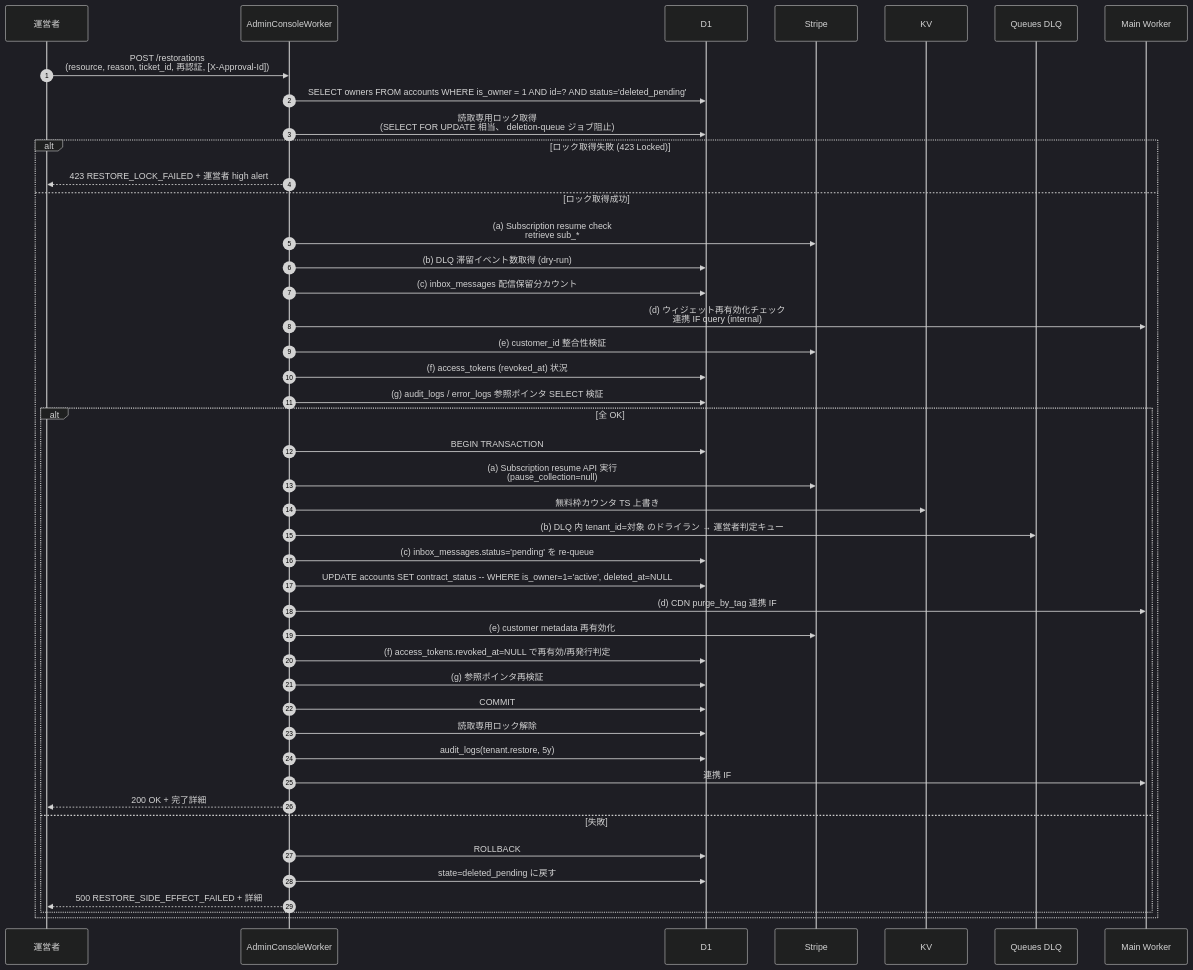
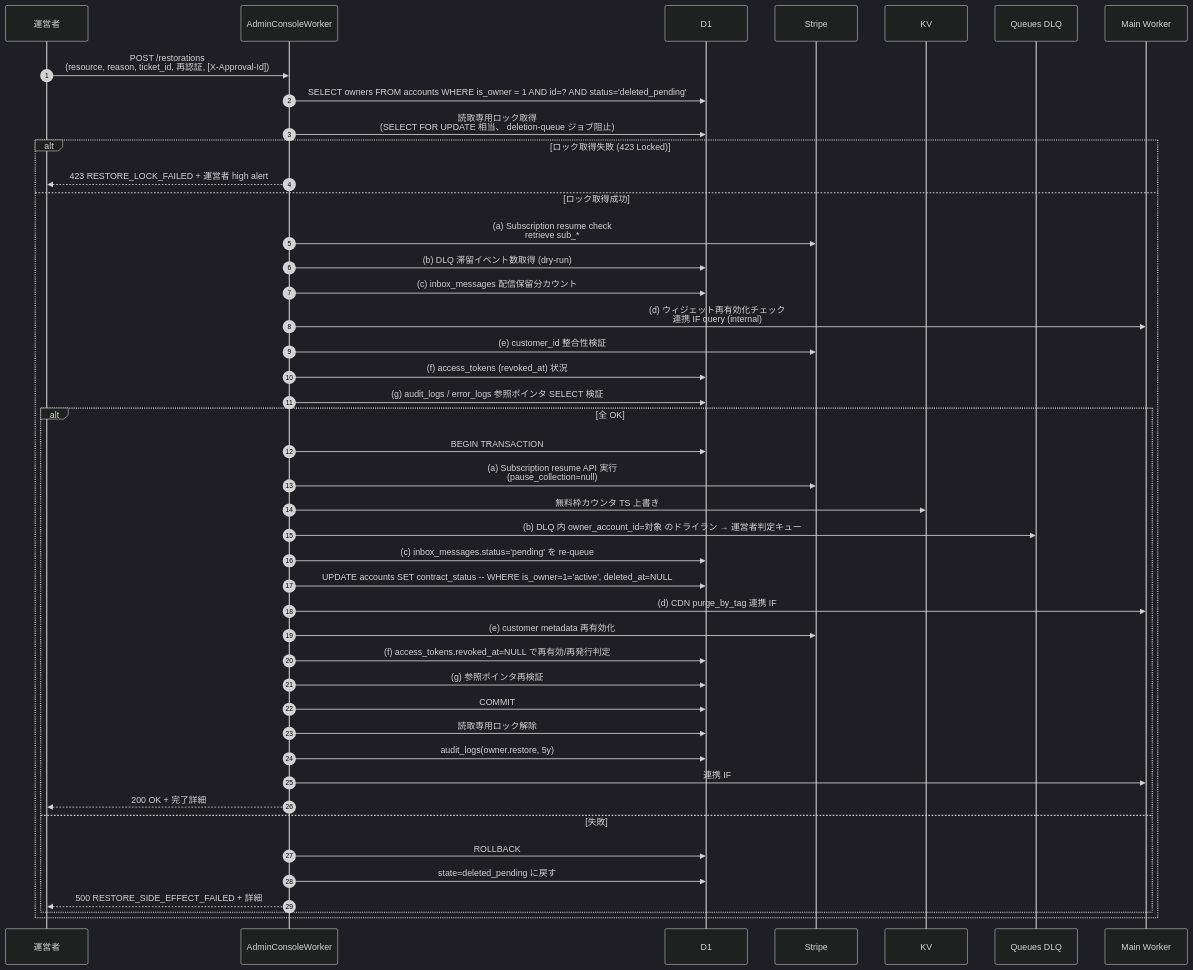
Before and after one commit to sikakou54/open-faq: diagram 14 of 25 in 02_admin/03_detailed_design.md, drawn with Mermaid (dark theme). The commit also changed other lines of this file and 22 other files, not shown here.

````diff
--- a/02_admin/03_detailed_design.md
+++ b/02_admin/03_detailed_design.md
@@ -1624,47 +1624,47 @@
 ```mermaid
 sequenceDiagram
     autonumber
     participant Op as 運営者
     participant Worker as AdminConsoleWorker
     participant D1
     participant Stripe
     participant KV
     participant DLQ as Queues DLQ
     participant Main as Main Worker
 
     Op->>Worker: POST /restorations<br/>(resource, reason, ticket_id, 再認証, [X-Approval-Id])
     Worker->>D1: SELECT owners FROM accounts WHERE is_owner = 1 AND id=? AND status='deleted_pending'
     Worker->>D1: 読取専用ロック取得<br/>(SELECT FOR UPDATE 相当、 deletion-queue ジョブ阻止)
     alt ロック取得失敗 (423 Locked)
         Worker-->>Op: 423 RESTORE_LOCK_FAILED + 運営者 high alert
     else ロック取得成功
         Worker->>Stripe: (a) Subscription resume check<br/>retrieve sub_*
         Worker->>D1: (b) DLQ 滞留イベント数取得 (dry-run)
         Worker->>D1: (c) inbox_messages 配信保留分カウント
         Worker->>Main: (d) ウィジェット再有効化チェック<br/>連携 IF query (internal)
         Worker->>Stripe: (e) customer_id 整合性検証
         Worker->>D1: (f) access_tokens (revoked_at) 状況
         Worker->>D1: (g) audit_logs / error_logs 参照ポインタ SELECT 検証
         alt 全 OK
             Worker->>D1: BEGIN TRANSACTION
             Worker->>Stripe: (a) Subscription resume API 実行<br/>(pause_collection=null)
             Worker->>KV: 無料枠カウンタ TS 上書き
-            Worker->>DLQ: (b) DLQ 内 tenant_id=対象 のドライラン → 運営者判定キュー
+            Worker->>DLQ: (b) DLQ 内 owner_account_id=対象 のドライラン → 運営者判定キュー
             Worker->>D1: (c) inbox_messages.status='pending' を re-queue
             Worker->>D1: UPDATE accounts SET contract_status -- WHERE is_owner=1='active', deleted_at=NULL
             Worker->>Main: (d) CDN purge_by_tag 連携 IF
             Worker->>Stripe: (e) customer metadata 再有効化
             Worker->>D1: (f) access_tokens.revoked_at=NULL で再有効/再発行判定
             Worker->>D1: (g) 参照ポインタ再検証
             Worker->>D1: COMMIT
             Worker->>D1: 読取専用ロック解除
-            Worker->>D1: audit_logs(tenant.restore, 5y)
+            Worker->>D1: audit_logs(owner.restore, 5y)
             Worker->>Main: 連携 IF #12 で管理者ユーザー通知(FR-211)
             Worker-->>Op: 200 OK + 完了詳細
         else 失敗
             Worker->>D1: ROLLBACK
             Worker->>D1: state=deleted_pending に戻す
             Worker-->>Op: 500 RESTORE_SIDE_EFFECT_FAILED + 詳細
         end
     end
 ```
````
